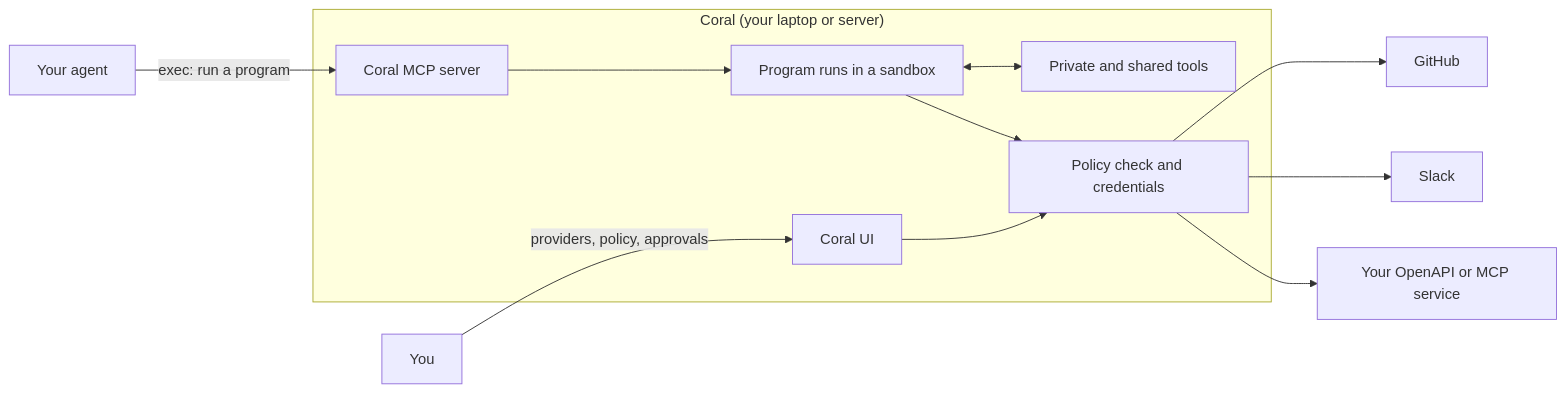
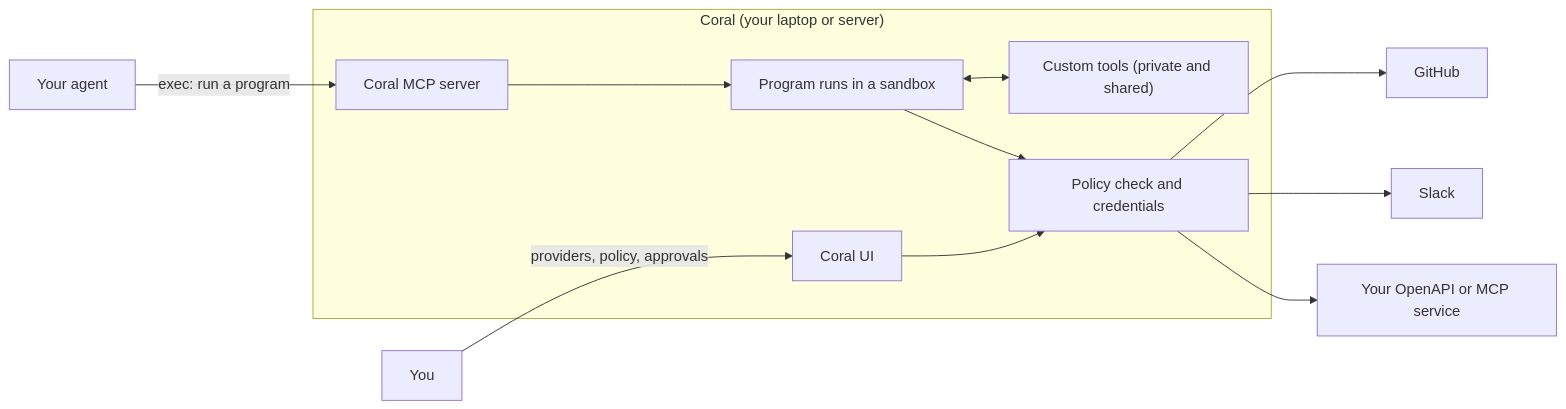
Before and after one commit to withcoral/coral: the diagram in README.md, drawn with Mermaid. The commit also changed other lines of this file, not shown here.

Commit message:
docs: describe custom tools in the README and point community links to Slack

````diff
--- a/README.md
+++ b/README.md
@@ -120,16 +122,16 @@
 ```mermaid
 graph LR
     Agent["Your agent"] -->|"exec: run a program"| MCP["Coral MCP server"]
     You["You"] -->|"providers, policy, approvals"| UI["Coral UI"]
 
     subgraph Coral["Coral (your laptop or server)"]
         MCP --> Run["Program runs in a sandbox"]
-        Run <--> FN["Private and shared tools"]
+        Run <--> FN["Custom tools (private and shared)"]
         UI --> Gate["Policy check and credentials"]
         Run --> Gate
     end
 
     Gate --> GH["GitHub"]
     Gate --> SL["Slack"]
     Gate --> Own["Your OpenAPI or MCP service"]
 ```
````
